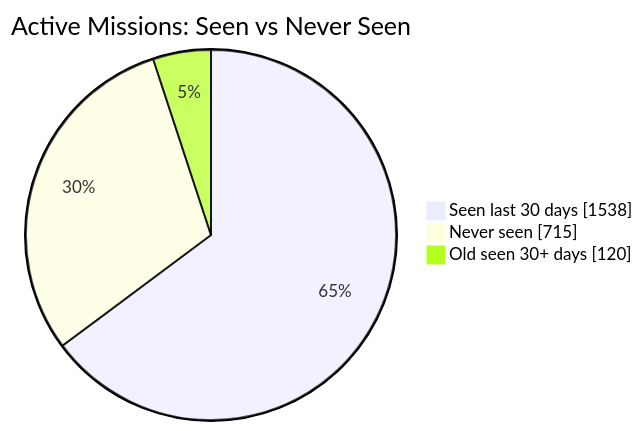
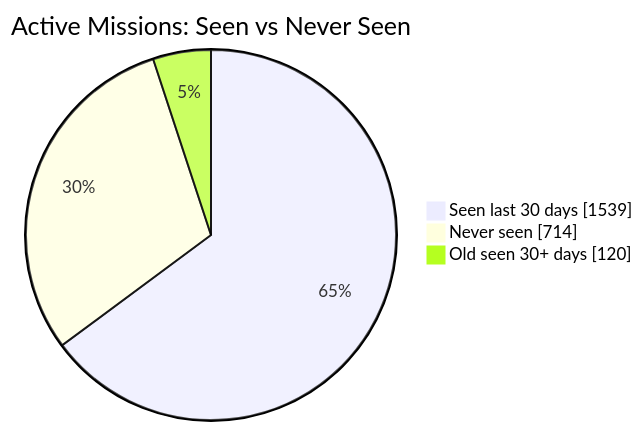
One commit to MeldkamerspelGameTeam/active-missions changed the first of 2 diagrams in README.md. Above: the diagram before and after it, drawn with Mermaid. The commit also changed other lines of this file and 2 other files, not shown here.

````diff
--- a/README.md
+++ b/README.md
@@ -34,7 +34,7 @@
 ```mermaid
 pie showData
     title Active Missions: Seen vs Never Seen
-    "Seen last 30 days" : 1538
-    "Never seen" : 715
+    "Seen last 30 days" : 1539
+    "Never seen" : 714
     "Old seen 30+ days" : 120
 ```
````
